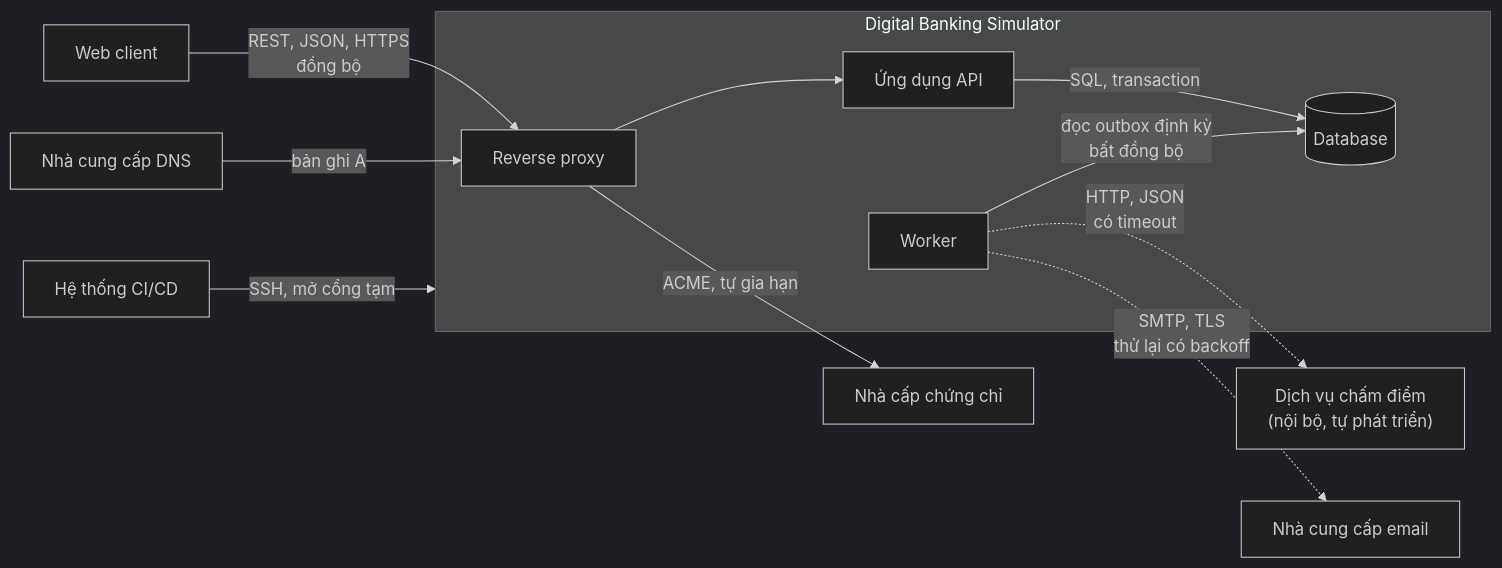
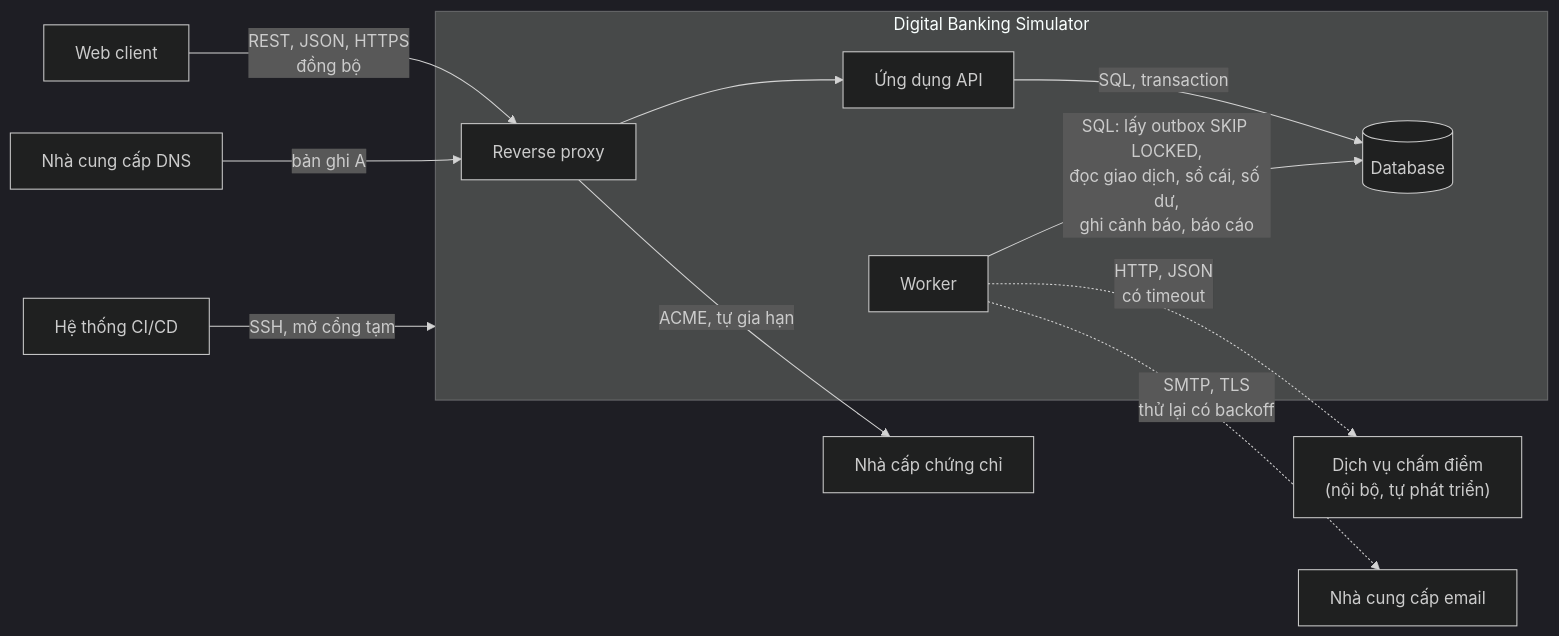
Before and after one commit to LeQuangMien10/CloudApplicationDevelopment: the fourth of 5 diagrams in docs/overview/kien-truc.md, drawn with Mermaid (dark theme). The commit also changed other lines of this file and 1 other file, not shown here.

````diff
--- a/docs/overview/kien-truc.md
+++ b/docs/overview/kien-truc.md
@@ -234,25 +238,25 @@
 ```mermaid
 flowchart LR
     WEB["Web client"]
     subgraph SYS["Digital Banking Simulator"]
         RP["Reverse proxy"]
         API["Ứng dụng API"]
         DB[("Database")]
         WK["Worker"]
     end
     SC["Dịch vụ chấm điểm<br/>(nội bộ, tự phát triển)"]
     EM["Nhà cung cấp email"]
     CA["Nhà cấp chứng chỉ"]
     DNS["Nhà cung cấp DNS"]
     CI["Hệ thống CI/CD"]
 
     WEB -- "REST, JSON, HTTPS<br/>đồng bộ" --> RP
     RP --> API
     API -- "SQL, transaction" --> DB
-    WK -- "đọc outbox định kỳ<br/>bất đồng bộ" --> DB
+    WK -- "SQL: lấy outbox SKIP LOCKED,<br/>đọc giao dịch, sổ cái, số dư,<br/>ghi cảnh báo, báo cáo" --> DB
     WK -.->|"HTTP, JSON<br/>có timeout"| SC
     WK -.->|"SMTP, TLS<br/>thử lại có backoff"| EM
     RP -- "ACME, tự gia hạn" --> CA
     DNS -- "bản ghi A" --> RP
     CI -- "SSH, mở cổng tạm" --> SYS
 ```
````
